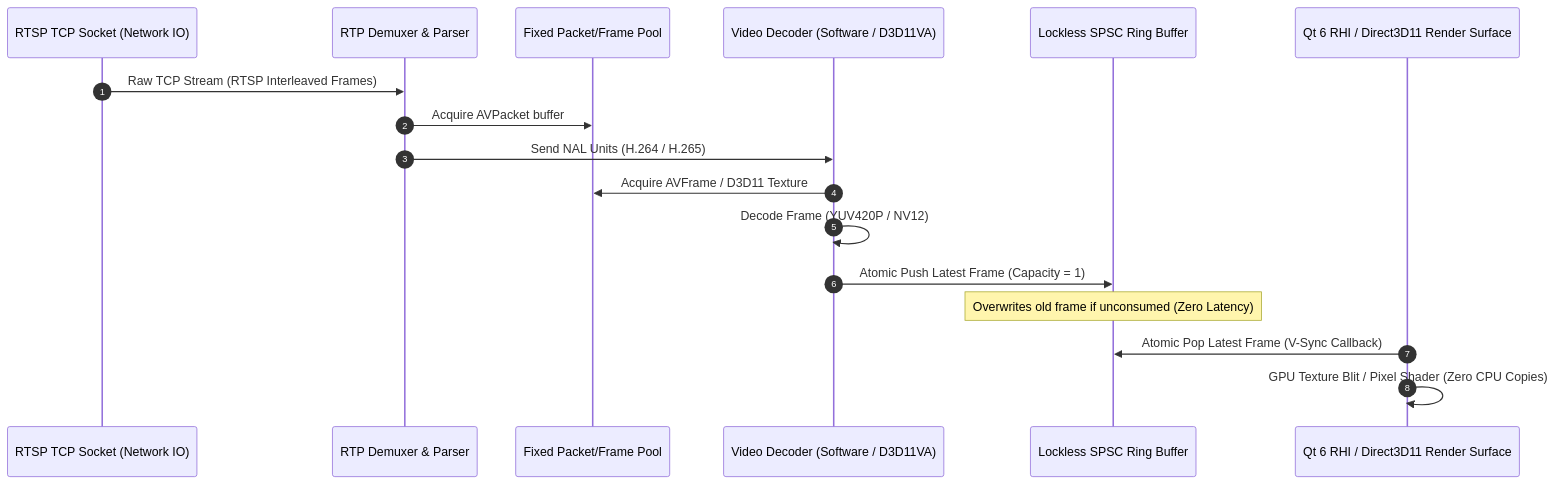
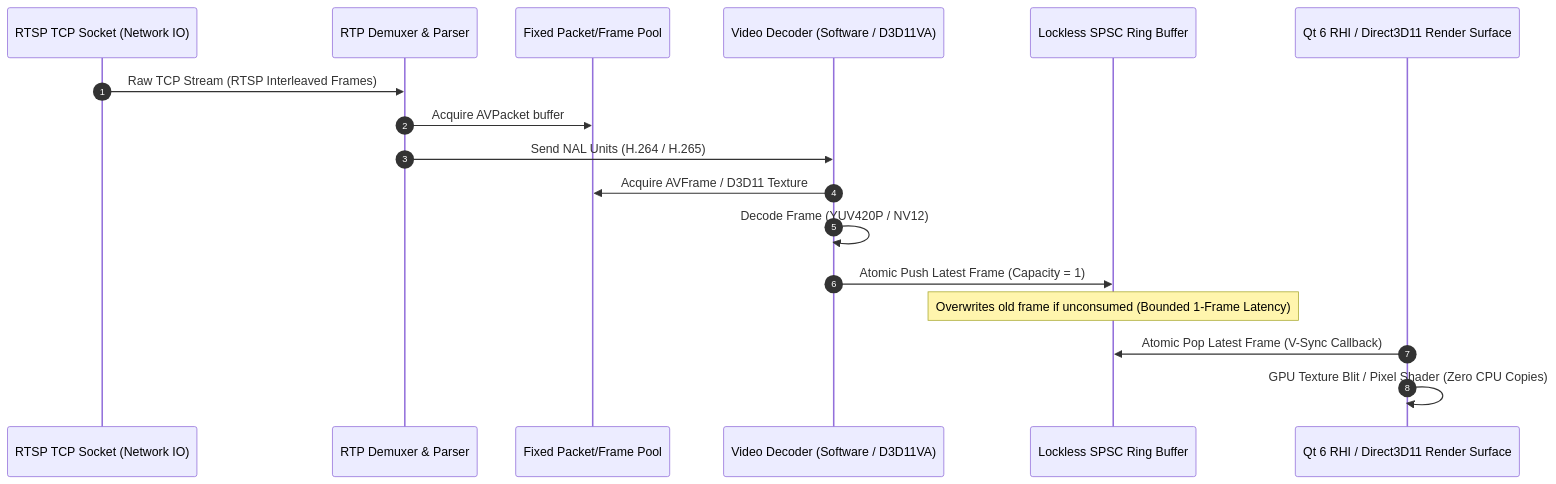
One commit to jamshihamza/optier-sdk changed the diagram in docs/CPP_MEDIA_ARCHITECTURE.md. Above: the diagram before and after it, drawn with Mermaid. The commit also changed other lines of this file and 3 other files, not shown here.

Commit message:
Publish comprehensive Final Architecture Consistency Review and calibrated performance models

````diff
--- a/docs/CPP_MEDIA_ARCHITECTURE.md
+++ b/docs/CPP_MEDIA_ARCHITECTURE.md
@@ -10,20 +10,20 @@
 ```mermaid
 sequenceDiagram
     autonumber
     participant Net as RTSP TCP Socket (Network IO)
     participant Demux as RTP Demuxer & Parser
     participant Pool as Fixed Packet/Frame Pool
     participant Dec as Video Decoder (Software / D3D11VA)
     participant Ring as Lockless SPSC Ring Buffer
     participant Render as Qt 6 RHI / Direct3D11 Render Surface
 
     Net->>Demux: Raw TCP Stream (RTSP Interleaved Frames)
     Demux->>Pool: Acquire AVPacket buffer
     Demux->>Dec: Send NAL Units (H.264 / H.265)
     Dec->>Pool: Acquire AVFrame / D3D11 Texture
     Dec->>Dec: Decode Frame (YUV420P / NV12)
     Dec->>Ring: Atomic Push Latest Frame (Capacity = 1)
-    Note over Ring: Overwrites old frame if unconsumed (Zero Latency)
+    Note over Ring: Overwrites old frame if unconsumed (Bounded 1-Frame Latency)
     Render->>Ring: Atomic Pop Latest Frame (V-Sync Callback)
     Render->>Render: GPU Texture Blit / Pixel Shader (Zero CPU Copies)
 ```
````
